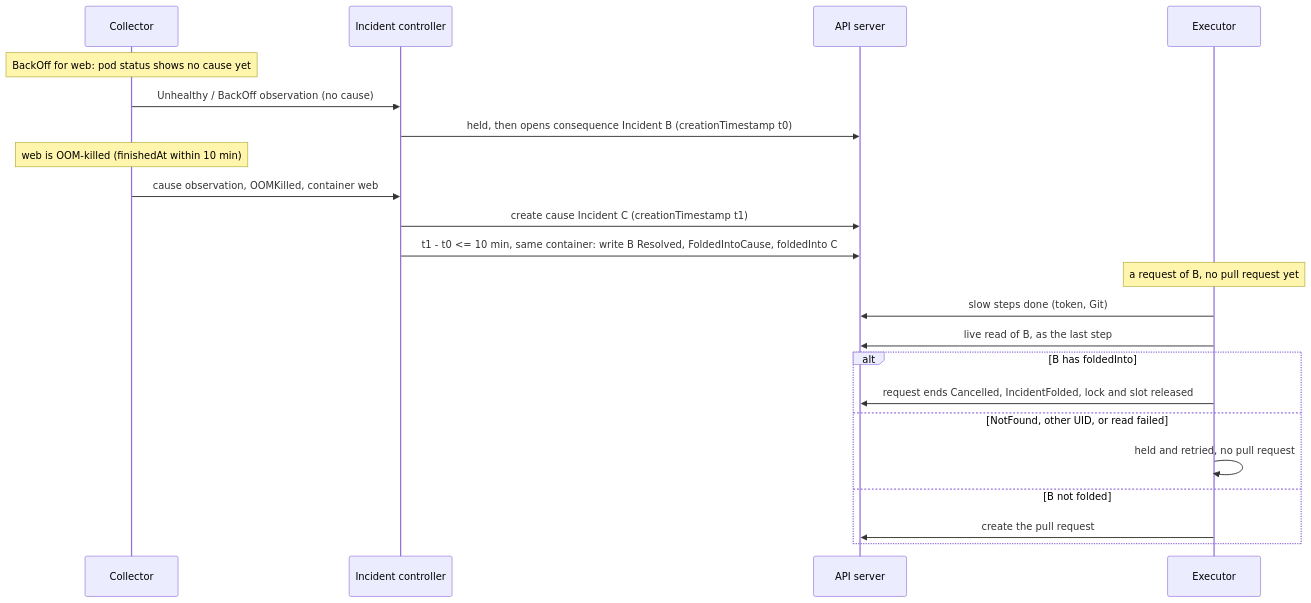
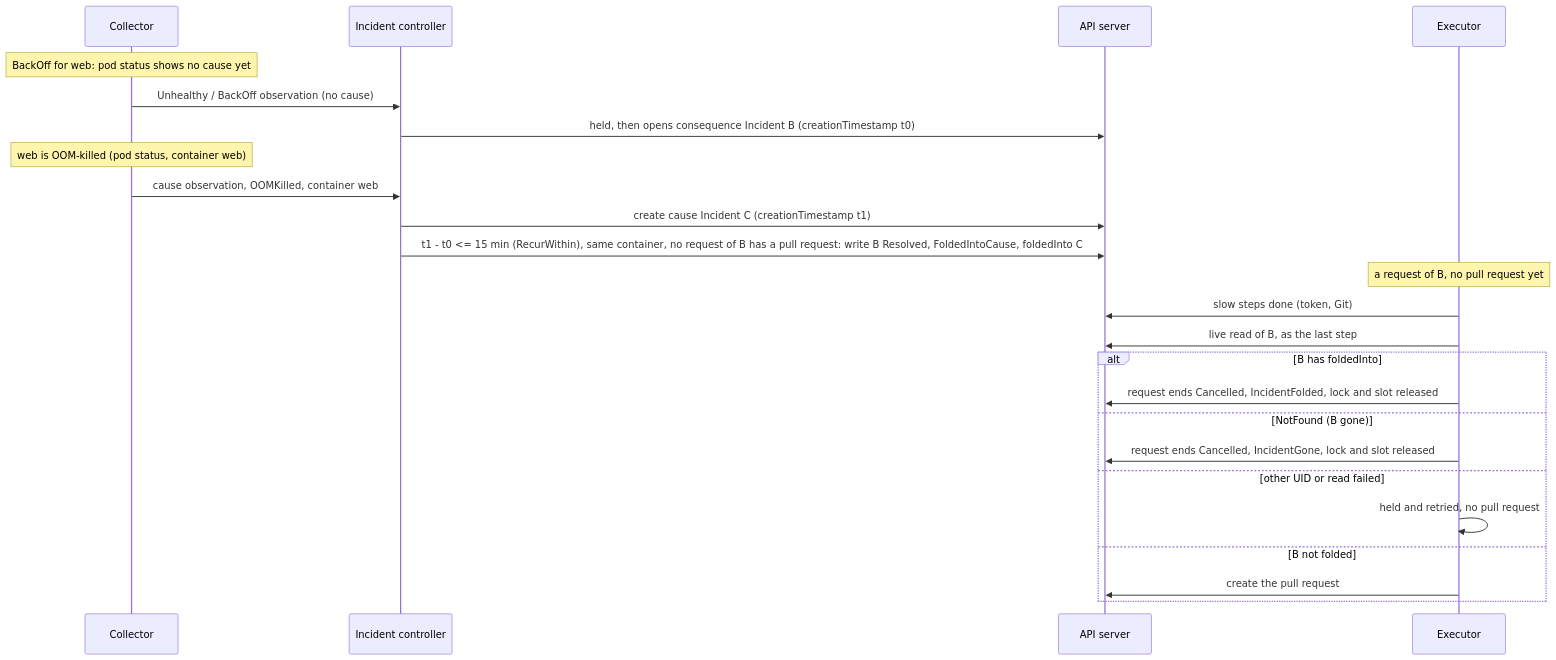
Before and after one commit to pkalin/shadewright: the diagram in docs/adr/0039-consequence-symptoms-attach-to-their-causes-incident.md, drawn with Mermaid. The commit also changed other lines of this file and 2 other files, not shown here.

First line of the commit message:
docs(adr): one clock for the kill bound, gate window for the late cause, IncidentGone, source in the fingerprint

````diff
--- a/docs/adr/0039-consequence-symptoms-attach-to-their-causes-incident.md
+++ b/docs/adr/0039-consequence-symptoms-attach-to-their-causes-incident.md
@@ -119,24 +122,26 @@
 ```mermaid
 sequenceDiagram
     participant K as Collector
     participant I as Incident controller
     participant A as API server
     participant E as Executor
     Note over K: BackOff for web: pod status shows no cause yet
     K->>I: Unhealthy / BackOff observation (no cause)
     I->>A: held, then opens consequence Incident B (creationTimestamp t0)
-    Note over K: web is OOM-killed (finishedAt within 10 min)
+    Note over K: web is OOM-killed (pod status, container web)
     K->>I: cause observation, OOMKilled, container web
     I->>A: create cause Incident C (creationTimestamp t1)
-    I->>A: t1 - t0 <= 10 min, same container: write B Resolved, FoldedIntoCause, foldedInto C
+    I->>A: t1 - t0 <= 15 min (RecurWithin), same container, no request of B has a pull request: write B Resolved, FoldedIntoCause, foldedInto C
     Note over E: a request of B, no pull request yet
     E->>A: slow steps done (token, Git)
     E->>A: live read of B, as the last step
     alt B has foldedInto
         E->>A: request ends Cancelled, IncidentFolded, lock and slot released
-    else NotFound, other UID, or read failed
+    else NotFound (B gone)
+        E->>A: request ends Cancelled, IncidentGone, lock and slot released
+    else other UID or read failed
         E->>E: held and retried, no pull request
     else B not folded
         E->>A: create the pull request
     end
 ```
````
